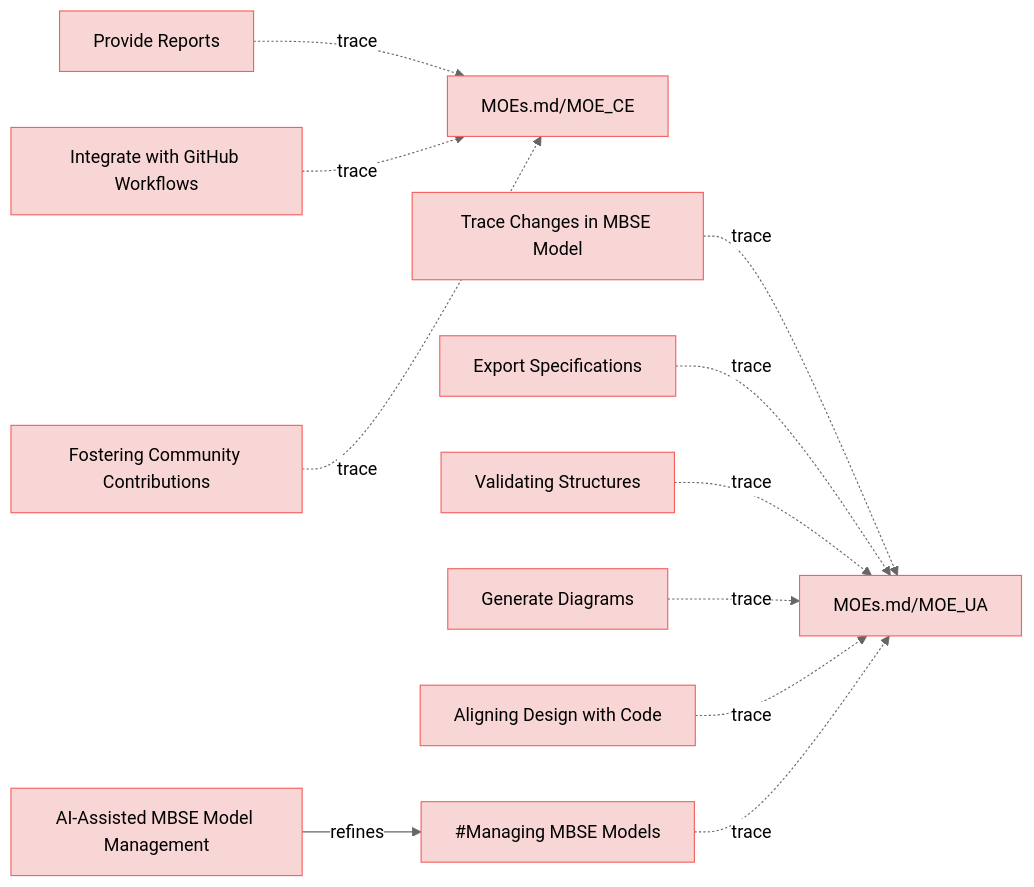
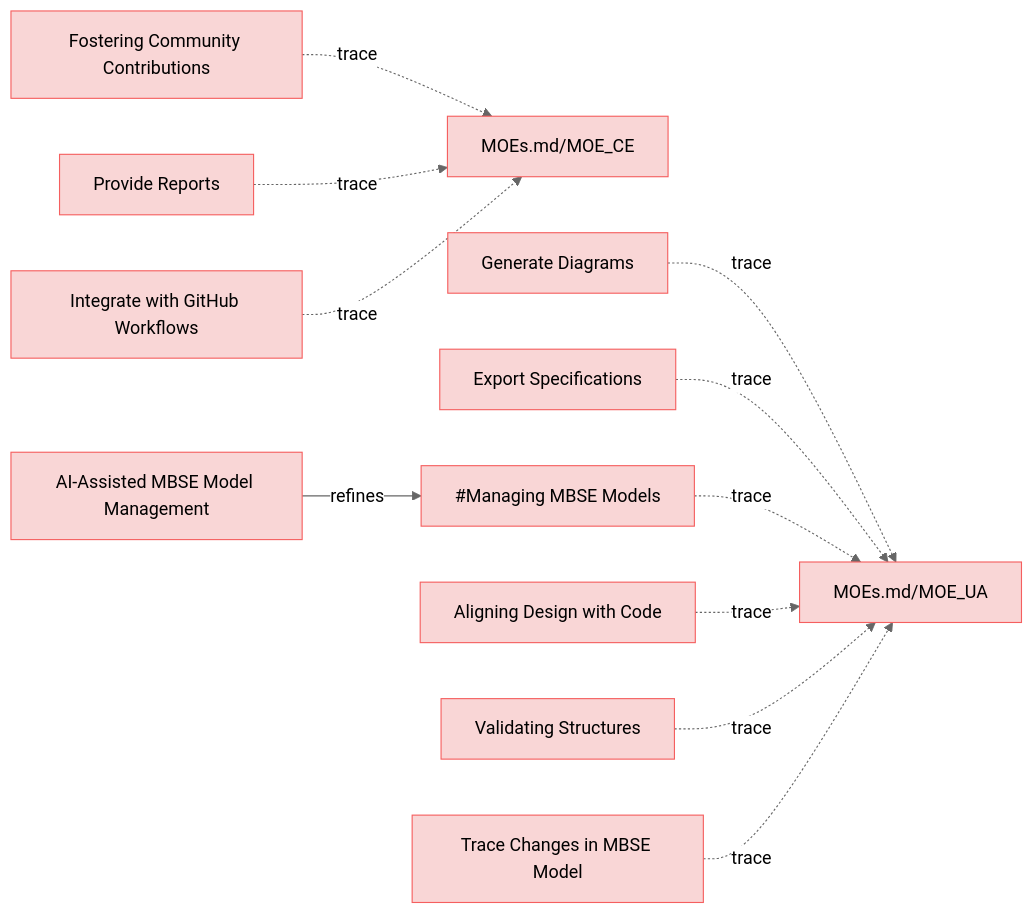
Before and after one commit to reqvire-org/reqvire: the diagram in specifications/UserStories.md, drawn with Mermaid (neutral theme). The commit also changed other lines of this file and 14 other files, not shown here.

Commit message:
Diagram fixes

````diff
--- a/specifications/UserStories.md
+++ b/specifications/UserStories.md
@@ -12,55 +12,55 @@
 ```mermaid
 graph LR;
   %% Graph styling
   classDef requirement fill:#f9d6d6,stroke:#f55f5f,stroke-width:1px;
   classDef verification fill:#d6f9d6,stroke:#5fd75f,stroke-width:1px;
   classDef externalLink fill:#d0e0ff,stroke:#3080ff,stroke-width:1px;
   classDef default fill:#f5f5f5,stroke:#333333,stroke-width:1px;
 
-  fe32882ee273e24d["Provide Reports"];
-  click fe32882ee273e24d "UserStories.md#provide-reports";
-  class fe32882ee273e24d requirement;
+  cdc9a9c9087e707f["Fostering Community Contributions"];
+  click cdc9a9c9087e707f "UserStories.md#fostering-community-contributions";
+  class cdc9a9c9087e707f requirement;
   b3f57e49f7494c0e["MOEs.md/MOE_CE"];
   class b3f57e49f7494c0e requirement;
   click b3f57e49f7494c0e "MOEs.md#moe_ce";
-  fe32882ee273e24d -.->|trace| b3f57e49f7494c0e;
+  cdc9a9c9087e707f -.->|trace| b3f57e49f7494c0e;
+  cf0026c2feeb1e0f["Generate Diagrams"];
+  click cf0026c2feeb1e0f "UserStories.md#generate-diagrams";
+  class cf0026c2feeb1e0f requirement;
+  f6237e49f7494c0e["MOEs.md/MOE_UA"];
+  class f6237e49f7494c0e requirement;
+  click f6237e49f7494c0e "MOEs.md#moe_ua";
+  cf0026c2feeb1e0f -.->|trace| f6237e49f7494c0e;
   2b35b7b37d52d4e6["AI-Assisted MBSE Model Management"];
   click 2b35b7b37d52d4e6 "UserStories.md#ai-assisted-mbse-model-management";
   class 2b35b7b37d52d4e6 requirement;
   852dea6cfecb47f5["#Managing MBSE Models"];
   class 852dea6cfecb47f5 requirement;
   click 852dea6cfecb47f5 "UserStories.md#managing-mbse-models";
   2b35b7b37d52d4e6 -->|refines| 852dea6cfecb47f5;
-  36d8b2eb16113a7f["Trace Changes in MBSE Model"];
-  click 36d8b2eb16113a7f "UserStories.md#trace-changes-in-mbse-model";
-  class 36d8b2eb16113a7f requirement;
-  f6237e49f7494c0e["MOEs.md/MOE_UA"];
-  class f6237e49f7494c0e requirement;
-  click f6237e49f7494c0e "MOEs.md#moe_ua";
-  36d8b2eb16113a7f -.->|trace| f6237e49f7494c0e;
+  fe32882ee273e24d["Provide Reports"];
+  click fe32882ee273e24d "UserStories.md#provide-reports";
+  class fe32882ee273e24d requirement;
+  fe32882ee273e24d -.->|trace| b3f57e49f7494c0e;
   100197ce818804["Export Specifications"];
   click 100197ce818804 "UserStories.md#export-specifications";
   class 100197ce818804 requirement;
   100197ce818804 -.->|trace| f6237e49f7494c0e;
+  ba120b7cafc5435f["Integrate with GitHub Workflows"];
+  click ba120b7cafc5435f "UserStories.md#integrate-with-github-workflows";
+  class ba120b7cafc5435f requirement;
+  ba120b7cafc5435f -.->|trace| b3f57e49f7494c0e;
+  852dea6cfecb47f5 -.->|trace| f6237e49f7494c0e;
+  de2d3516cd5ef91d["Aligning Design with Code"];
+  click de2d3516cd5ef91d "UserStories.md#aligning-design-with-code";
+  class de2d3516cd5ef91d requirement;
+  de2d3516cd5ef91d -.->|trace| f6237e49f7494c0e;
   a60d88b6e2cb3842["Validating Structures"];
   click a60d88b6e2cb3842 "UserStories.md#validating-structures";
   class a60d88b6e2cb3842 requirement;
   a60d88b6e2cb3842 -.->|trace| f6237e49f7494c0e;
-  ba120b7cafc5435f["Integrate with GitHub Workflows"];
-  click ba120b7cafc5435f "UserStories.md#integrate-with-github-workflows";
-  class ba120b7cafc5435f requirement;
-  ba120b7cafc5435f -.->|trace| b3f57e49f7494c0e;
-  cf0026c2feeb1e0f["Generate Diagrams"];
-  click cf0026c2feeb1e0f "UserStories.md#generate-diagrams";
-  class cf0026c2feeb1e0f requirement;
-  cf0026c2feeb1e0f -.->|trace| f6237e49f7494c0e;
-  de2d3516cd5ef91d["Aligning Design with Code"];
-  click de2d3516cd5ef91d "UserStories.md#aligning-design-with-code";
-  class de2d3516cd5ef91d requirement;
-  de2d3516cd5ef91d -.->|trace| f6237e49f7494c0e;
-  852dea6cfecb47f5 -.->|trace| f6237e49f7494c0e;
-  cdc9a9c9087e707f["Fostering Community Contributions"];
-  click cdc9a9c9087e707f "UserStories.md#fostering-community-contributions";
-  class cdc9a9c9087e707f requirement;
-  cdc9a9c9087e707f -.->|trace| b3f57e49f7494c0e;
+  36d8b2eb16113a7f["Trace Changes in MBSE Model"];
+  click 36d8b2eb16113a7f "UserStories.md#trace-changes-in-mbse-model";
+  class 36d8b2eb16113a7f requirement;
+  36d8b2eb16113a7f -.->|trace| f6237e49f7494c0e;
 ```
````
